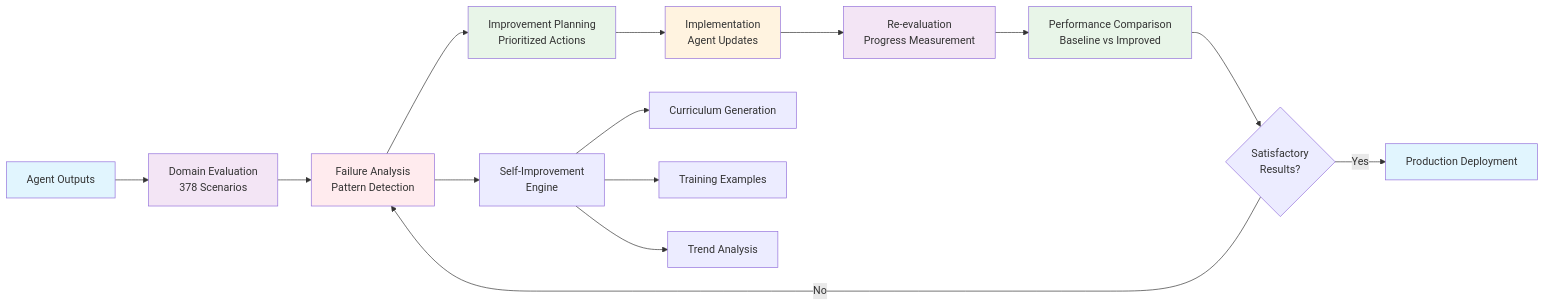
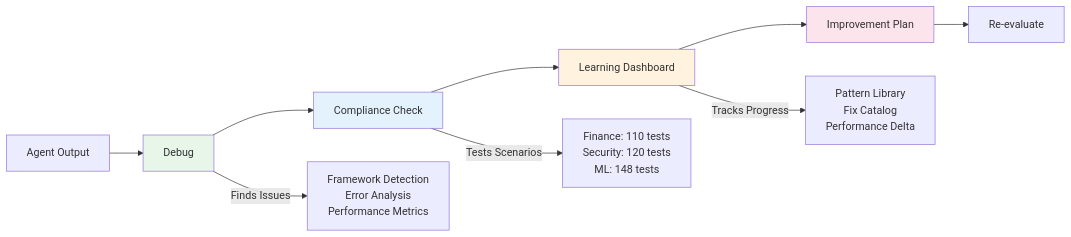
Before and after one commit to Arc-Computer/arc-eval: the diagram in README.md, drawn with Mermaid. The commit also changed other lines of this file, not shown here.

````diff
--- a/README.md
+++ b/README.md
@@ -110,27 +58,17 @@
 ```mermaid
 graph LR
-    A[Agent Outputs] --> B[Domain Evaluation<br/>378 Scenarios]
-    B --> C[Failure Analysis<br/>Pattern Detection]
-    C --> D[Improvement Planning<br/>Prioritized Actions]
-    D --> E[Implementation<br/>Agent Updates]
-    E --> F[Re-evaluation<br/>Progress Measurement]
-    F --> G[Performance Comparison<br/>Baseline vs Improved]
+    A[Agent Output] --> B[Debug]
+    B --> C[Compliance Check]
+    C --> D[Learning Dashboard]
+    D --> E[Improvement Plan]
+    E --> F[Re-evaluate]
     
-    C --> H[Self-Improvement<br/>Engine]
-    H --> I[Curriculum Generation]
-    H --> J[Training Examples]
-    H --> K[Trend Analysis]
+    B --> |Finds Issues| B1[Framework Detection<br/>Error Analysis<br/>Performance Metrics]
+    C --> |Tests Scenarios| C1[Finance: 110 tests<br/>Security: 120 tests<br/>ML: 148 tests]
+    D --> |Tracks Progress| D1[Pattern Library<br/>Fix Catalog<br/>Performance Delta]
     
-    G --> L{Satisfactory<br/>Results?}
-    L -->|No| C
-    L -->|Yes| M[Production Deployment]
-    
-    style A fill:#e1f5fe
-    style B fill:#f3e5f5
-    style C fill:#ffebee
-    style D fill:#e8f5e8
-    style E fill:#fff3e0
-    style F fill:#f3e5f5
-    style G fill:#e8f5e8
-    style M fill:#e1f5fe
+    style B fill:#e8f5e9
+    style C fill:#e3f2fd
+    style D fill:#fff3e0
+    style E fill:#fce4ec
 ```
````
